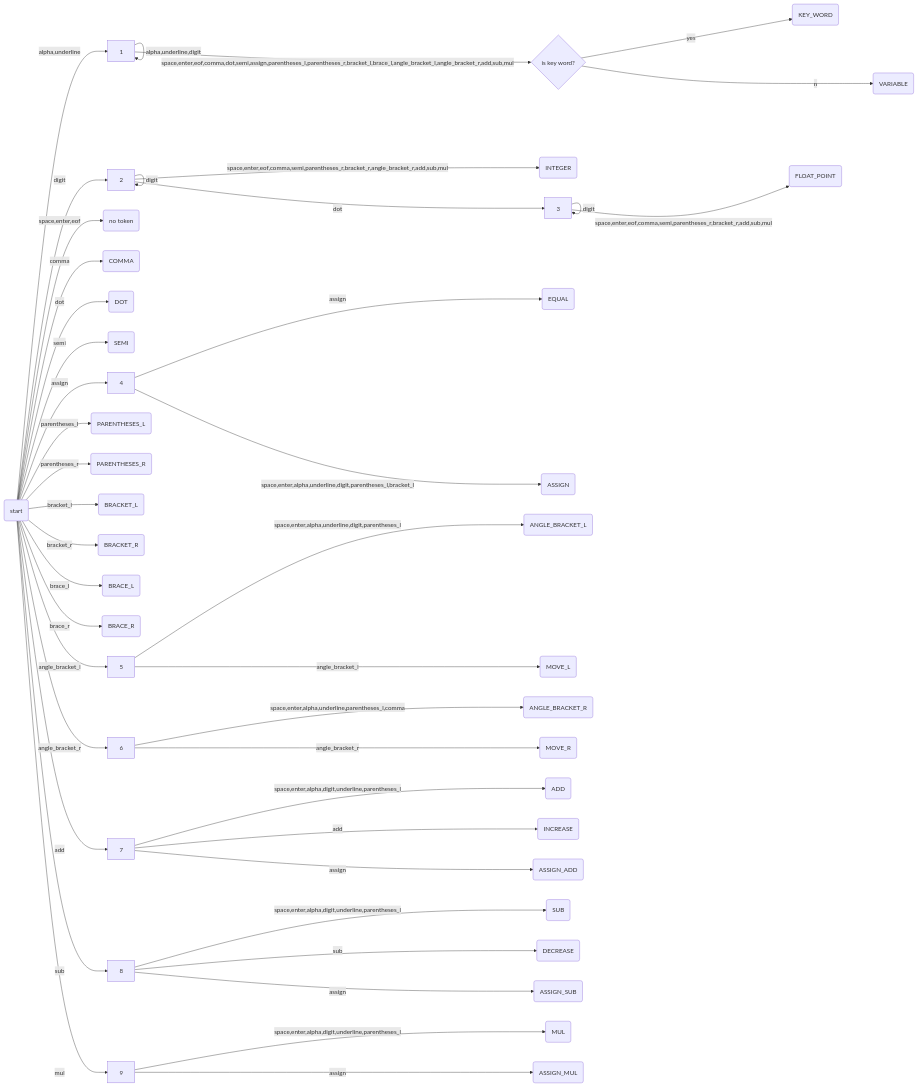
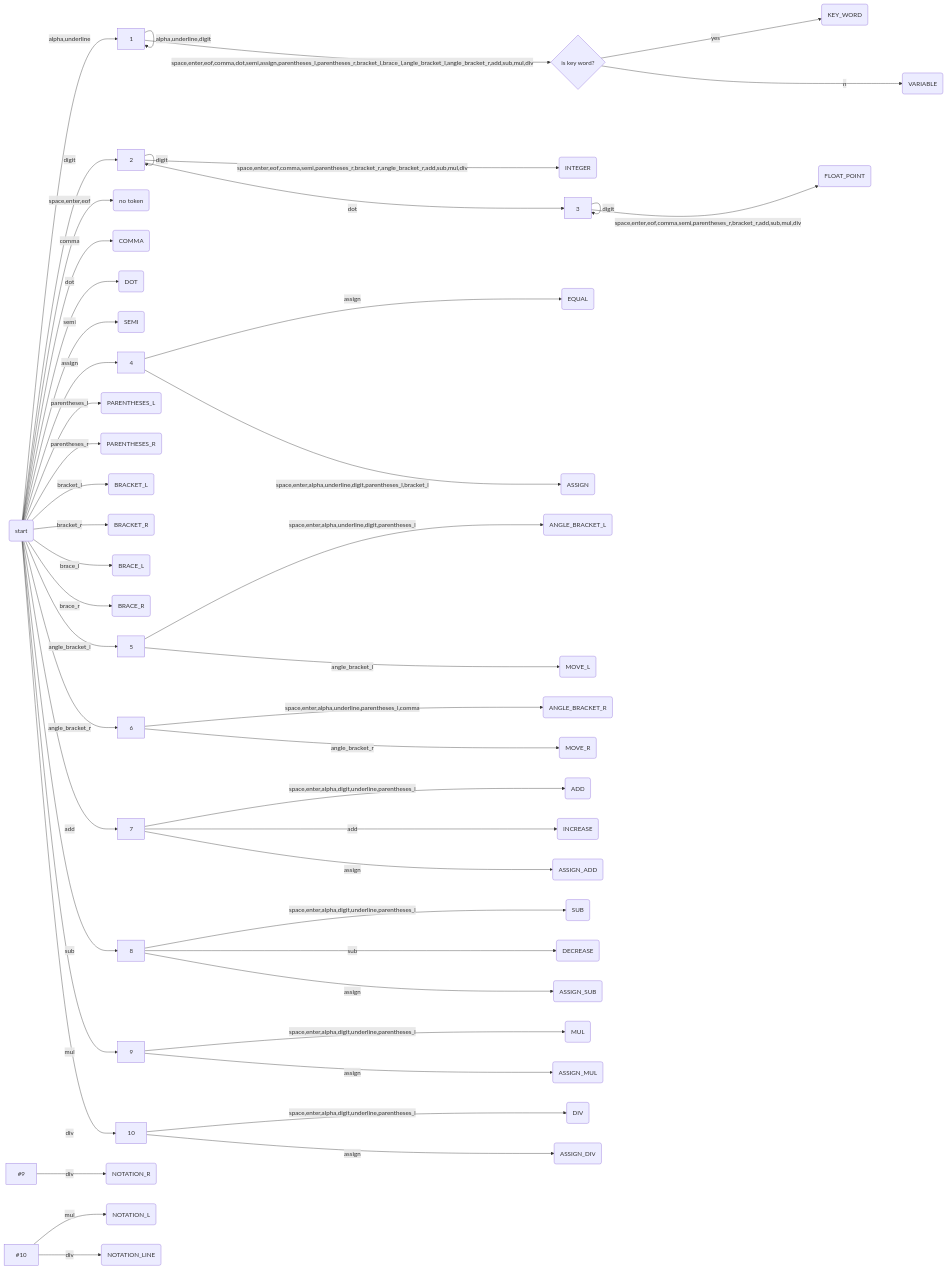
One commit to BenQuickDeNN/Qlang changed the diagram in readme.md. Above: the diagram before and after it, drawn with Mermaid. The commit also changed 5 other files, not shown here.

````diff
--- a/readme.md
+++ b/readme.md
@@ -3,54 +3,61 @@
 ```mermaid
 graph LR
     0(start) --alpha,underline--> 1;
     0 --digit--> 2;
     0 --space,enter,eof--> 0.1(no token);
     0 --comma--> 0.2(COMMA);
     0 --dot--> 0.3(DOT);
     0 --semi--> 0.4(SEMI);
     0 --assign--> 4;
     0 --parentheses_l--> 0.5(PARENTHESES_L);
     0 --parentheses_r--> 0.6(PARENTHESES_R);
     0 --bracket_l--> 0.7(BRACKET_L);
     0 --bracket_r--> 0.8(BRACKET_R);
     0 --brace_l--> 0.9(BRACE_L);
     0 --brace_r--> 0.10(BRACE_R);
     0 --angle_bracket_l--> 5;
     0 --angle_bracket_r--> 6;
     0 --add--> 7;
     0 --sub--> 8;
     0 --mul--> 9;
+    0 --div--> 10;
 
     1 --alpha,underline,digit--> 1;
-    1 --space,enter,eof,comma,dot,semi,assign,parentheses_l,parentheses_r,bracket_l,brace_l,angle_bracket_l,angle_bracket_r,add,sub,mul--> 1.1{is key word?};
+    1 --space,enter,eof,comma,dot,semi,assign,parentheses_l,parentheses_r,bracket_l,brace_l,angle_bracket_l,angle_bracket_r,add,sub,mul,div--> 1.1{is key word?};
 
     2 --digit--> 2;
-    2 --space,enter,eof,comma,semi,parentheses_r,bracket_r,angle_bracket_r,add,sub,mul--> 2.1(INTEGER);
+    2 --space,enter,eof,comma,semi,parentheses_r,bracket_r,angle_bracket_r,add,sub,mul,div--> 2.1(INTEGER);
     2 --dot--> 3;
 
     1.1 --yes--> 1.1.1(KEY_WORD);
     1.1 --no--> 1.1.2(VARIABLE);
 
     3 --digit--> 3;
-    3 --space,enter,eof,comma,semi,parentheses_r,bracket_r,add,sub,mul--> 3.1(FLOAT_POINT);
+    3 --space,enter,eof,comma,semi,parentheses_r,bracket_r,add,sub,mul,div--> 3.1(FLOAT_POINT);
 
     4 --assign--> 4.1(EQUAL);
     4 --space,enter,alpha,underline,digit,parentheses_l,bracket_l--> 4.2(ASSIGN);
 
     5 --space,enter,alpha,underline,digit,parentheses_l--> 5.1(ANGLE_BRACKET_L);
     5 --angle_bracket_l--> 5.2(MOVE_L);
 
     6 --space,enter,alpha,underline,parentheses_l,comma-->6.1(ANGLE_BRACKET_R);
     6 --angle_bracket_r--> 6.2(MOVE_R);
 
     7 --space,enter,alpha,digit,underline,parentheses_l--> 7.1(ADD);
     7 --add--> 7.2(INCREASE);
     7 --assign--> 7.3(ASSIGN_ADD);
 
     8 --space,enter,alpha,digit,underline,parentheses_l--> 8.1(SUB);
     8 --sub--> 8.2(DECREASE);
     8 --assign--> 8.3(ASSIGN_SUB);
 
     9 --space,enter,alpha,digit,underline,parentheses_l--> 9.1(MUL);
     9 --assign--> 9.2(ASSIGN_MUL);
+    #9 --div--> 9.3(NOTATION_R);
+
+    10 --space,enter,alpha,digit,underline,parentheses_l--> 10.1(DIV);
+    10 --assign--> 10.2(ASSIGN_DIV);
+    #10 --mul--> 10.3(NOTATION_L);
+    #10 --div--> 10.4(NOTATION_LINE);
 ```
````
